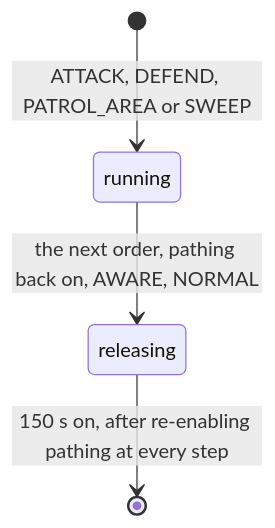
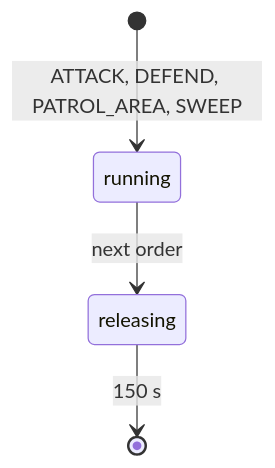
One commit to Neefay/arma3-llm-harness changed diagram 11 of 23 in docs/COMMANDER_MODEL.md. Above: the diagram before and after it, drawn with Mermaid. The commit also changed other lines of this file and 1 other file, not shown here.

````diff
--- a/docs/COMMANDER_MODEL.md
+++ b/docs/COMMANDER_MODEL.md
@@ -797,6 +424,6 @@
 ```mermaid
 stateDiagram-v2
-  [*] --> running: ATTACK, DEFEND, PATROL_AREA or SWEEP
-  running --> releasing: the next order, pathing back on, AWARE, NORMAL
-  releasing --> [*]: 150 s on, after re-enabling pathing at every step
+  [*] --> running: ATTACK, DEFEND, PATROL_AREA, SWEEP
+  running --> releasing: next order
+  releasing --> [*]: 150 s
 ```
````
